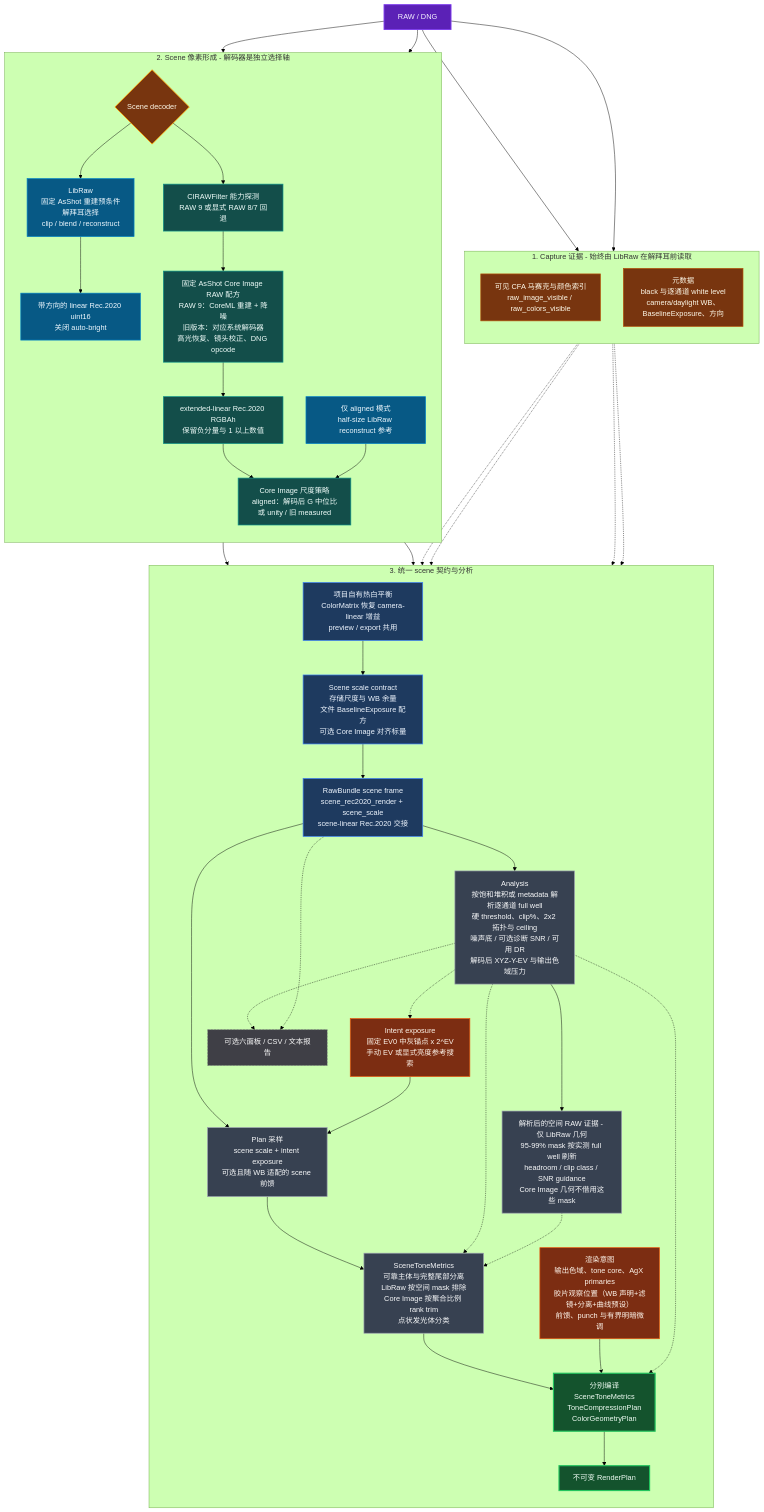
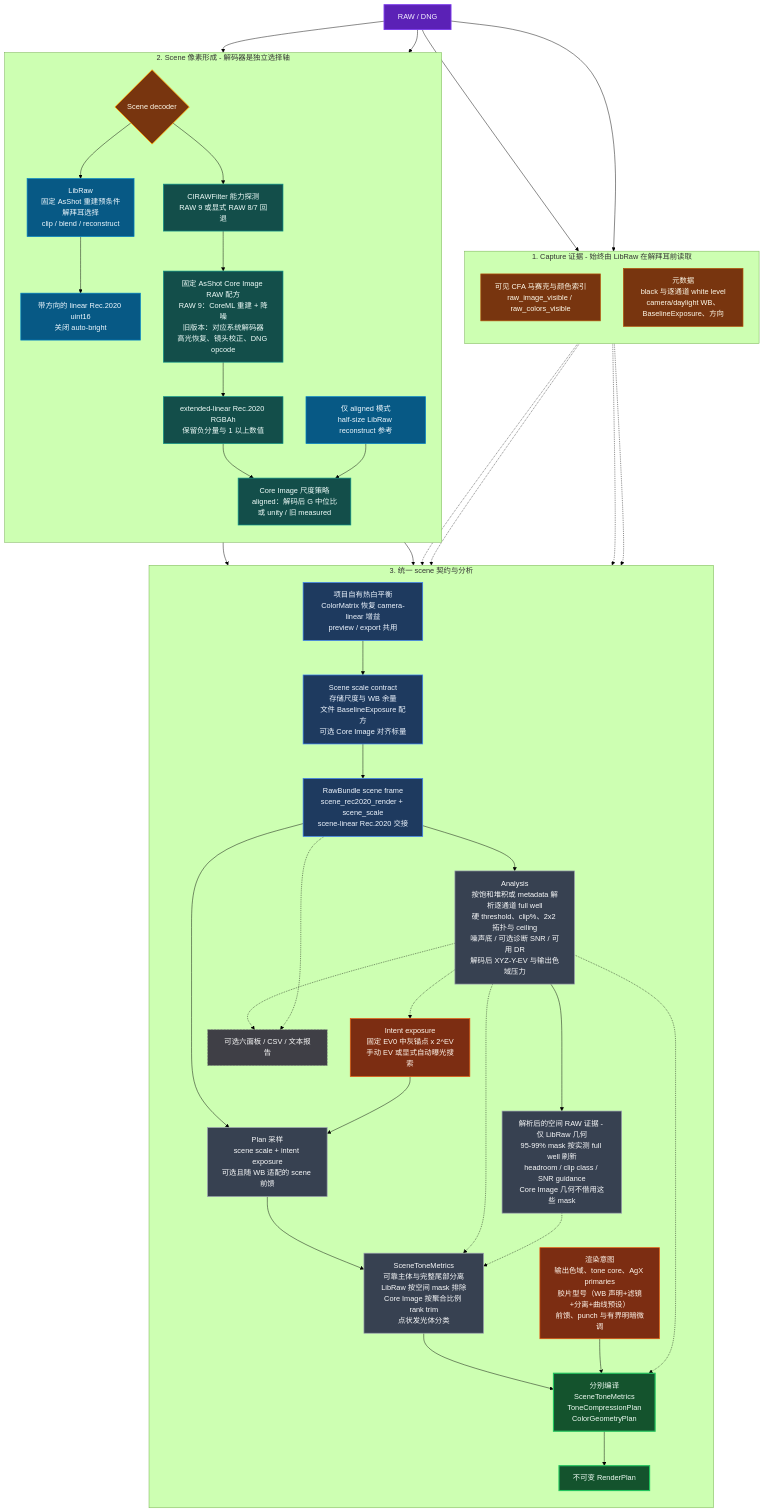
One commit to Gen-416/AgXRAW changed the first of 3 diagrams in docs/ARCHITECTURE.zh-CN.md. Above: the diagram before and after it, drawn with Mermaid (forest theme). The commit also changed other lines of this file and 40 other files, not shown here.

```diff
--- a/docs/ARCHITECTURE.zh-CN.md
+++ b/docs/ARCHITECTURE.zh-CN.md
@@ -115,10 +115,10 @@
         SCENE["RawBundle scene frame<br/>scene_rec2020_render + scene_scale<br/>scene-linear Rec.2020 交接"]
         ANALYSIS["Analysis<br/>按饱和堆积或 metadata 解析逐通道 full well<br/>硬 threshold、clip%、2x2 拓扑与 ceiling<br/>噪声底 / 可选诊断 SNR / 可用 DR<br/>解码后 XYZ-Y-EV 与输出色域压力"]
         SPATIAL["解析后的空间 RAW 证据 - 仅 LibRaw 几何<br/>95-99% mask 按实测 full well 刷新<br/>headroom / clip class / SNR guidance<br/>Core Image 几何不借用这些 mask"]
-        EV["Intent exposure<br/>固定 EV0 中灰锚点 x 2^EV<br/>手动 EV 或显式亮度参考搜索"]
+        EV["Intent exposure<br/>固定 EV0 中灰锚点 x 2^EV<br/>手动 EV 或显式自动曝光搜索"]
         SAMPLE["Plan 采样<br/>scene scale + intent exposure<br/>可选且随 WB 适配的 scene 前馈"]
         METRICS["SceneToneMetrics<br/>可靠主体与完整尾部分离<br/>LibRaw 按空间 mask 排除<br/>Core Image 按聚合比例 rank trim<br/>点状发光体分类"]
-        CONTROLS["渲染意图<br/>输出色域、tone core、AgX primaries<br/>胶片观察位置（WB 声明+滤镜+分离+曲线预设）<br/>前馈、punch 与有界明暗微调"]
+        CONTROLS["渲染意图<br/>输出色域、tone core、AgX primaries<br/>胶片型号（WB 声明+滤镜+分离+曲线预设）<br/>前馈、punch 与有界明暗微调"]
         COMPILE["分别编译<br/>SceneToneMetrics<br/>ToneCompressionPlan<br/>ColorGeometryPlan"]
         PLAN["不可变 RenderPlan"]
         REPORTS["可选六面板 / CSV / 文本报告"]
```
